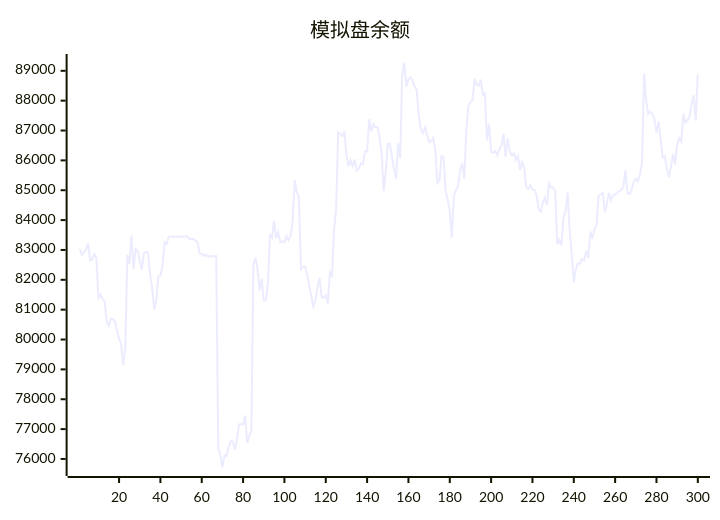
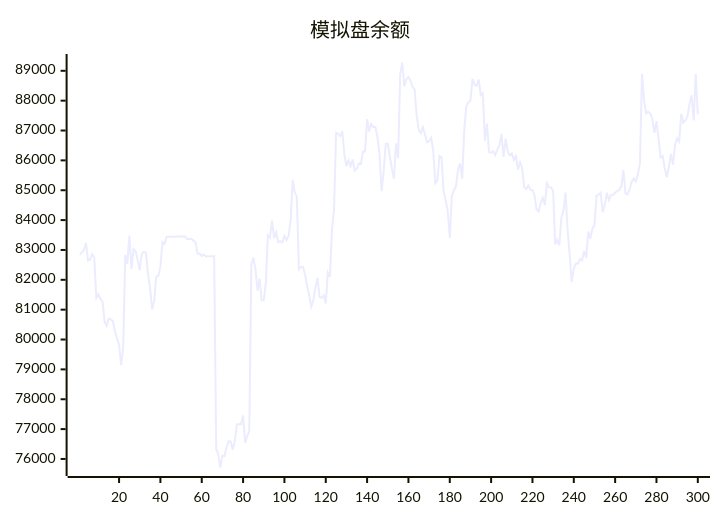
Before and after one commit to aahl/ai-trading: the diagram in README.md, drawn with Mermaid. The commit also changed other lines of this file and 1 other file, not shown here.

````diff
--- a/README.md
+++ b/README.md
@@ -5,5 +5,5 @@
 ```mermaid
 xychart
     title "模拟盘余额"
-    line [83038,82838,82915,82998,83235,82642,82682,82858,82746,81396,81512,81362,81277,80600,80461,80699,80673,80616,80288,80038,79836,79142,79722,82837,82533,83480,82366,83032,82960,82654,82330,82883,82934,82901,82188,81728,81005,81298,82110,82135,82449,83264,83203,83440,83439,83440,83440,83446,83447,83448,83447,83448,83449,83369,83369,83369,83313,83256,82872,82873,82801,82844,82785,82791,82791,82793,82794,76339,76145,75714,76110,76096,76397,76594,76585,76310,76607,77160,77170,77160,77456,76541,76774,76927,82520,82744,82337,81639,82040,81307,81314,81887,83490,83414,83984,83396,83594,83261,83287,83253,83470,83327,83465,83987,85348,84930,84786,82355,82433,82438,82167,81795,81466,81105,81315,81756,82064,81426,81398,81481,81210,82242,82099,83658,84359,86925,86892,86814,86980,86203,85802,86003,85811,86028,85657,85721,85896,85880,86300,86299,87378,86965,87214,87115,87118,86780,86238,84966,85623,86555,86562,86129,85722,85387,86569,86070,88870,89278,88477,88720,88781,88668,88467,88372,87493,87018,86917,87102,86870,86613,86644,86758,86317,85242,85334,86149,86106,84968,84671,84302,83410,84816,85001,85127,85693,85891,85384,87001,87811,87945,88007,88734,88528,88495,88705,88189,88248,86662,87234,86279,86251,86314,86177,86364,86503,86886,86114,86731,86310,86176,86240,86017,86136,85685,85938,85749,85111,85044,85164,85016,85008,84824,84354,84287,84572,84745,84500,85234,85096,85095,84970,83180,83338,83157,84070,84309,84922,83667,82850,81924,82369,82552,82539,82695,82648,82962,82728,83619,83378,83710,83825,84819,84854,84917,84265,84527,84919,84668,84834,84850,84916,84981,85004,85131,85674,84891,84864,85019,85284,85393,85294,85538,85894,88904,88012,87567,87625,87568,87386,86920,87313,86737,86094,86143,85725,85437,85787,86219,85859,86526,86740,86630,87563,87264,87335,87483,87886,88180,87335,88894]
+    line [82838,82915,82998,83235,82642,82682,82858,82746,81396,81512,81362,81277,80600,80461,80699,80673,80616,80288,80038,79836,79142,79722,82837,82533,83480,82366,83032,82960,82654,82330,82883,82934,82901,82188,81728,81005,81298,82110,82135,82449,83264,83203,83440,83439,83440,83440,83446,83447,83448,83447,83448,83449,83369,83369,83369,83313,83256,82872,82873,82801,82844,82785,82791,82791,82793,82794,76339,76145,75714,76110,76096,76397,76594,76585,76310,76607,77160,77170,77160,77456,76541,76774,76927,82520,82744,82337,81639,82040,81307,81314,81887,83490,83414,83984,83396,83594,83261,83287,83253,83470,83327,83465,83987,85348,84930,84786,82355,82433,82438,82167,81795,81466,81105,81315,81756,82064,81426,81398,81481,81210,82242,82099,83658,84359,86925,86892,86814,86980,86203,85802,86003,85811,86028,85657,85721,85896,85880,86300,86299,87378,86965,87214,87115,87118,86780,86238,84966,85623,86555,86562,86129,85722,85387,86569,86070,88870,89278,88477,88720,88781,88668,88467,88372,87493,87018,86917,87102,86870,86613,86644,86758,86317,85242,85334,86149,86106,84968,84671,84302,83410,84816,85001,85127,85693,85891,85384,87001,87811,87945,88007,88734,88528,88495,88705,88189,88248,86662,87234,86279,86251,86314,86177,86364,86503,86886,86114,86731,86310,86176,86240,86017,86136,85685,85938,85749,85111,85044,85164,85016,85008,84824,84354,84287,84572,84745,84500,85234,85096,85095,84970,83180,83338,83157,84070,84309,84922,83667,82850,81924,82369,82552,82539,82695,82648,82962,82728,83619,83378,83710,83825,84819,84854,84917,84265,84527,84919,84668,84834,84850,84916,84981,85004,85131,85674,84891,84864,85019,85284,85393,85294,85538,85894,88904,88012,87567,87625,87568,87386,86920,87313,86737,86094,86143,85725,85437,85787,86219,85859,86526,86740,86630,87563,87264,87335,87483,87886,88180,87335,88894,87544]
 ```
````
